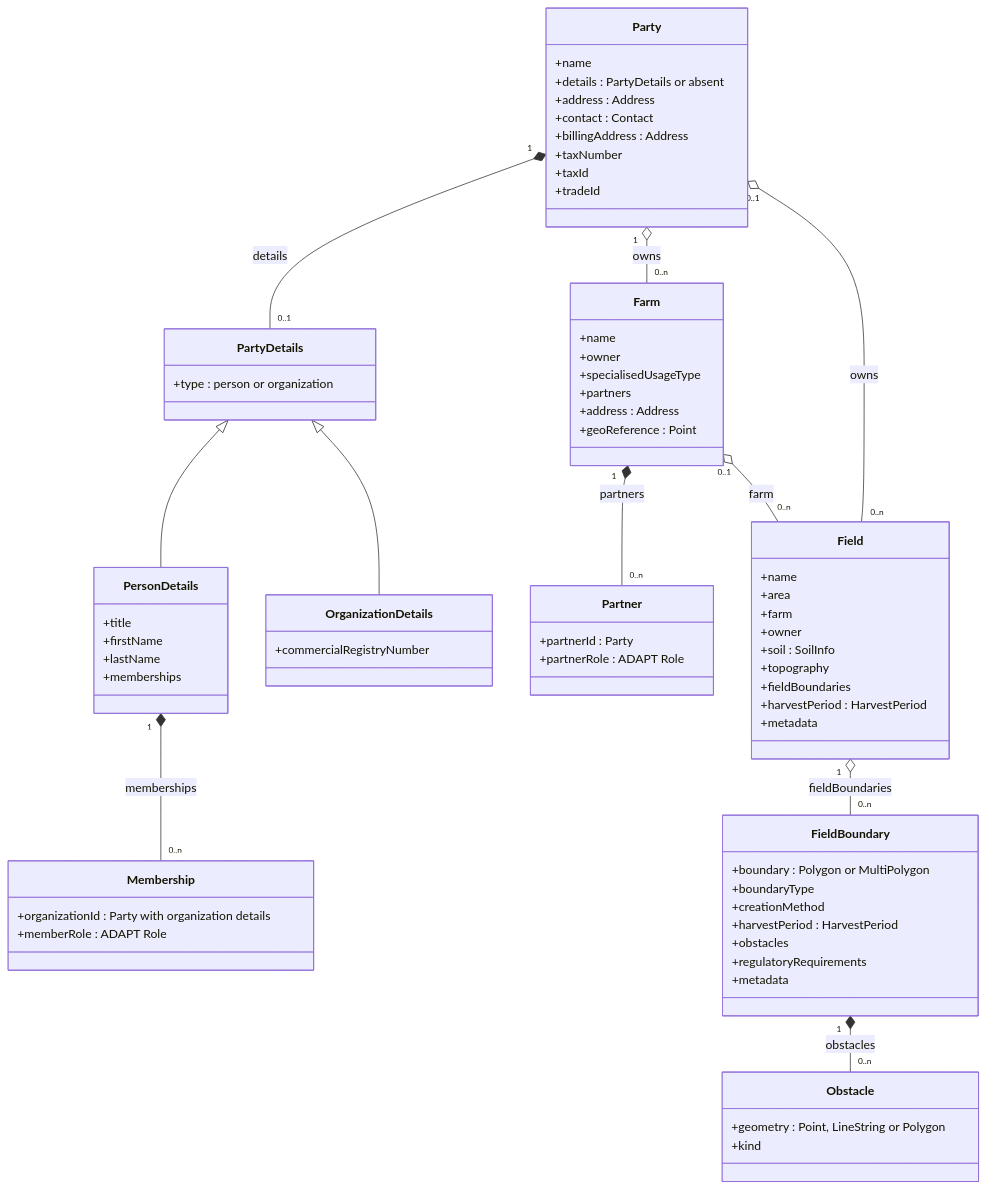
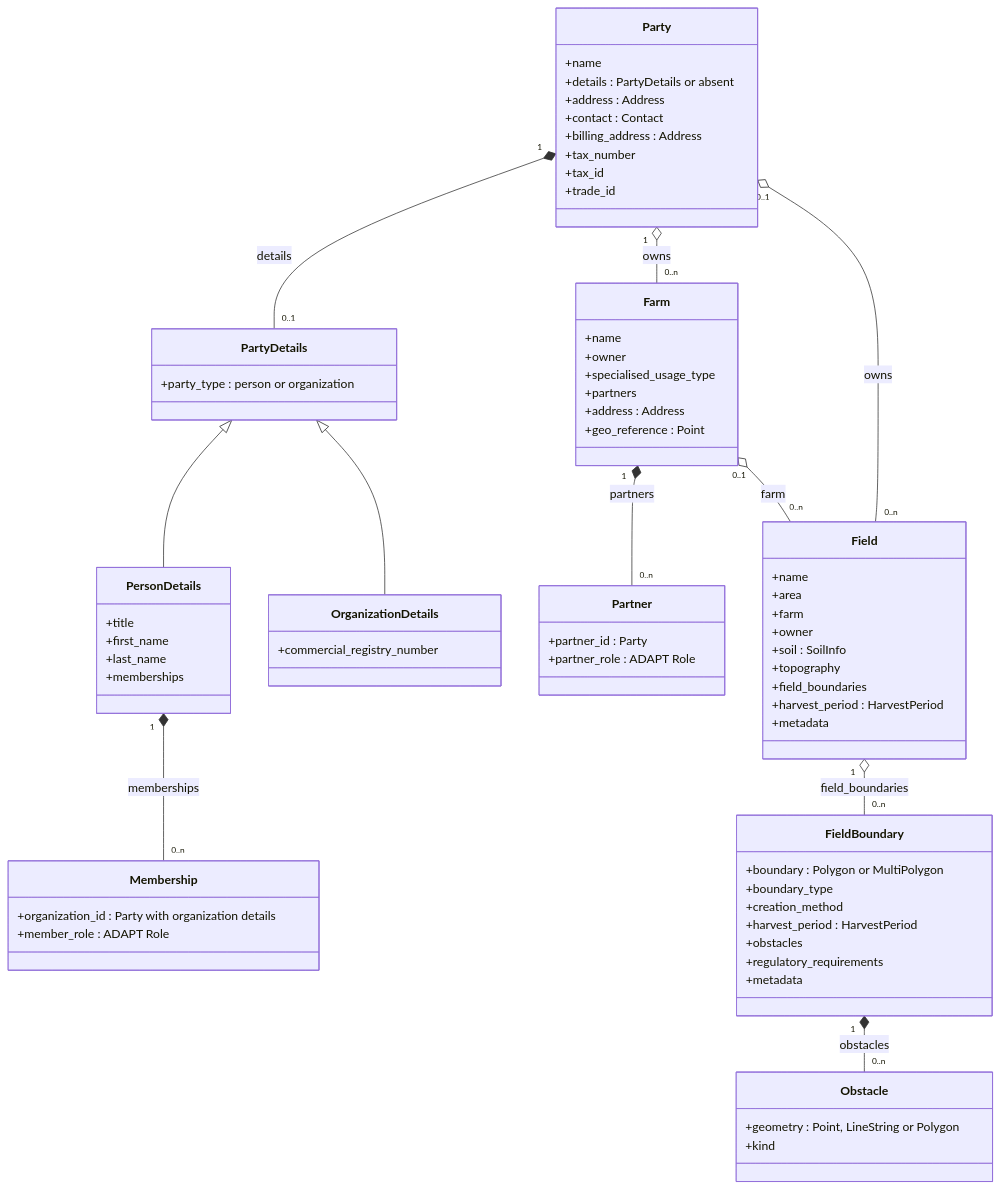
The first of 2 diagrams in architecture/11-entity-model.md (DKE-Data/masterdata-sync-working-group), drawn with Mermaid before and after one commit. The commit also changed 7 other files, not shown here.

````diff
--- a/architecture/11-entity-model.md
+++ b/architecture/11-entity-model.md
@@ -40,76 +40,76 @@
 ```mermaid
 classDiagram
     direction TB
     class Party {
         +name
         +details : PartyDetails or absent
         +address : Address
         +contact : Contact
-        +billingAddress : Address
-        +taxNumber
-        +taxId
-        +tradeId
+        +billing_address : Address
+        +tax_number
+        +tax_id
+        +trade_id
     }
     class PartyDetails {
-        +type : person or organization
+        +party_type : person or organization
     }
     class PersonDetails {
         +title
-        +firstName
-        +lastName
+        +first_name
+        +last_name
         +memberships
     }
     class OrganizationDetails {
-        +commercialRegistryNumber
+        +commercial_registry_number
     }
     class Membership {
-        +organizationId : Party with organization details
-        +memberRole : ADAPT Role
+        +organization_id : Party with organization details
+        +member_role : ADAPT Role
     }
     class Farm {
         +name
         +owner
-        +specialisedUsageType
+        +specialised_usage_type
         +partners
         +address : Address
-        +geoReference : Point
+        +geo_reference : Point
     }
     class Partner {
-        +partnerId : Party
-        +partnerRole : ADAPT Role
+        +partner_id : Party
+        +partner_role : ADAPT Role
     }
     class Field {
         +name
         +area
         +farm
         +owner
         +soil : SoilInfo
         +topography
-        +fieldBoundaries
-        +harvestPeriod : HarvestPeriod
+        +field_boundaries
+        +harvest_period : HarvestPeriod
         +metadata
     }
     class FieldBoundary {
         +boundary : Polygon or MultiPolygon
-        +boundaryType
-        +creationMethod
-        +harvestPeriod : HarvestPeriod
+        +boundary_type
+        +creation_method
+        +harvest_period : HarvestPeriod
         +obstacles
-        +regulatoryRequirements
+        +regulatory_requirements
         +metadata
     }
     class Obstacle {
         +geometry : Point, LineString or Polygon
         +kind
     }
     Party "1" *-- "0..1" PartyDetails : details
     PartyDetails <|-- PersonDetails
     PartyDetails <|-- OrganizationDetails
     PersonDetails "1" *-- "0..n" Membership : memberships
     Party "1" o-- "0..n" Farm : owns
     Farm "1" *-- "0..n" Partner : partners
     Farm "0..1" o-- "0..n" Field : farm
     Party "0..1" o-- "0..n" Field : owns
-    Field "1" o-- "0..n" FieldBoundary : fieldBoundaries
+    Field "1" o-- "0..n" FieldBoundary : field_boundaries
     FieldBoundary "1" *-- "0..n" Obstacle : obstacles
 ```
````
